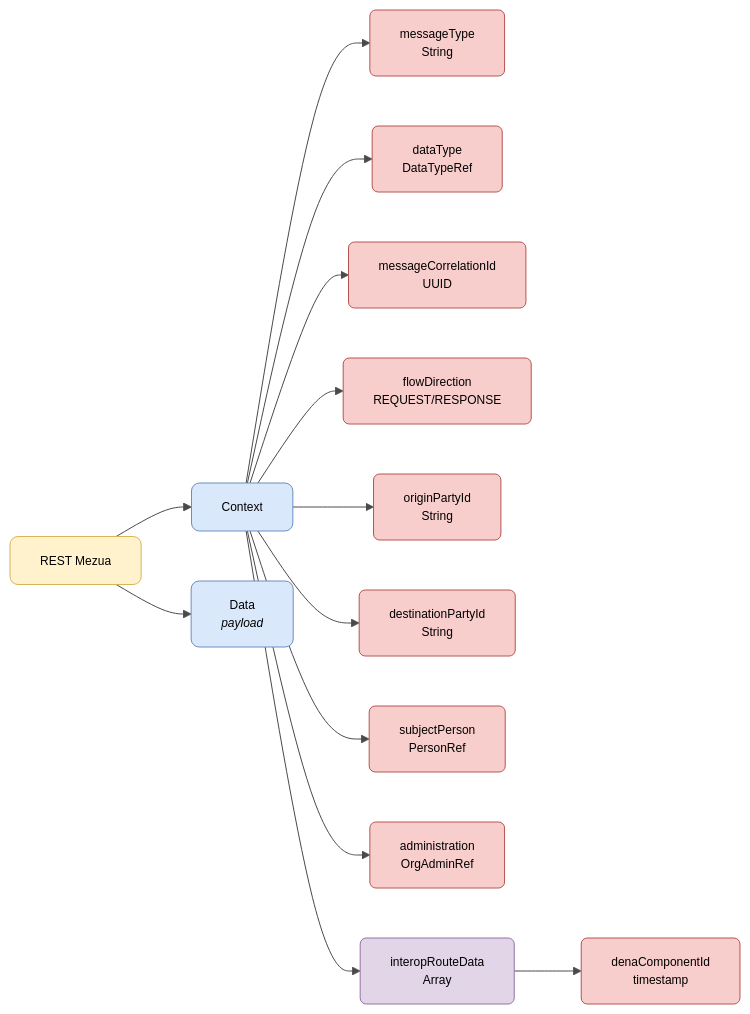
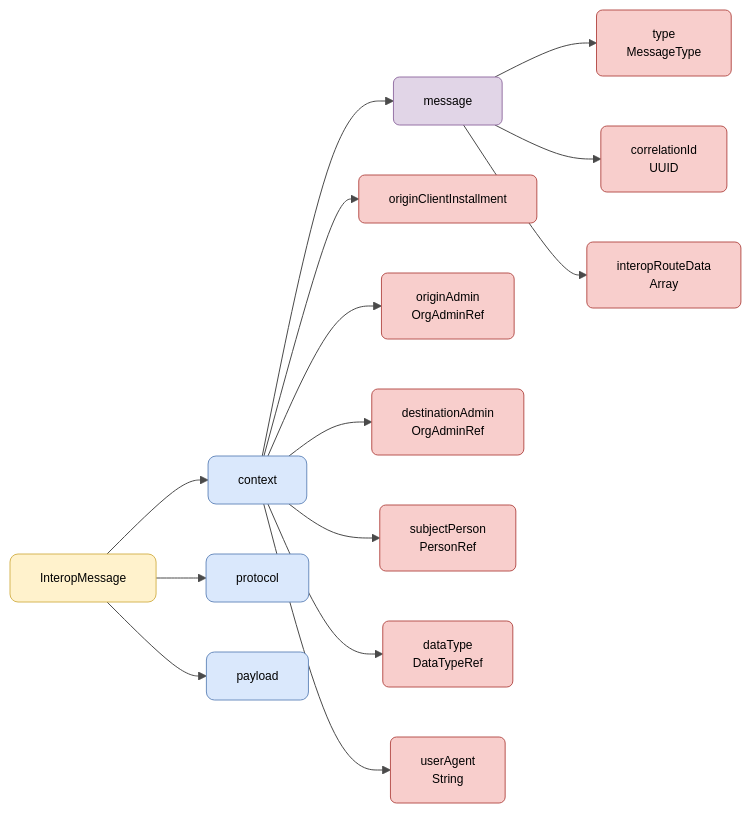
One commit to DENA-Euskadi/dena-euskadi.github.io changed the diagram in docs/semantica/semantica-base/index.eu.md. Above: the diagram before and after it, drawn with Mermaid. The commit also changed other lines of this file and 117 other files, not shown here.

````diff
--- a/docs/semantica/semantica-base/index.eu.md
+++ b/docs/semantica/semantica-base/index.eu.md
@@ -11,43 +11,45 @@
 ```mermaid
 ---
 config:
   theme: base
   themeVariables:
     primaryColor: "#FFFFFF"
     primaryTextColor: "#000000"
     primaryBorderColor: "#CCCCCC"
     lineColor: "#4A4A4A"
     fontSize: "12px"
 ---
 flowchart LR
-    ROOT["REST Mezua"]
+    ROOT["InteropMessage"]
 
-    ROOT --> CONTEXT["Context"]
-    ROOT --> DATA["Data<br/><i>payload</i>"]
+    ROOT --> CONTEXT["context"]
+    ROOT --> PROTOCOL["protocol"]
+    ROOT --> PAYLOAD["payload"]
 
-    CONTEXT --> MESSAGE_TYPE["messageType<br/>String"]
+    CONTEXT --> MESSAGE["message"]
+    CONTEXT --> ORIGIN_CI["originClientInstallment"]
+    CONTEXT --> ORIGIN_ADMIN["originAdmin<br/>OrgAdminRef"]
+    CONTEXT --> DEST_ADMIN["destinationAdmin<br/>OrgAdminRef"]
+    CONTEXT --> SUBJECT_PERSON["subjectPerson<br/>PersonRef"]
     CONTEXT --> DATA_TYPE["dataType<br/>DataTypeRef"]
-    CONTEXT --> MESSAGE_CORRELATION_ID["messageCorrelationId<br/>UUID"]
-    CONTEXT --> FLOW_DIRECTION["flowDirection<br/>REQUEST/RESPONSE"]
-    CONTEXT --> ORIGIN_PARTY_ID["originPartyId<br/>String"]
-    CONTEXT --> DESTINATION_PARTY_ID["destinationPartyId<br/>String"]
-    CONTEXT --> SUBJECT_PERSON["subjectPerson<br/>PersonRef"]
-    CONTEXT --> ADMINISTRATION["administration<br/>OrgAdminRef"]
-    CONTEXT --> INTEROP_ROUTE_DATA["interopRouteData<br/>Array"]
+    CONTEXT --> USER_AGENT["userAgent<br/>String"]
 
-    INTEROP_ROUTE_DATA --> IRDITEM["denaComponentId<br/>timestamp"]
+    MESSAGE --> M_TYPE["type<br/>MessageType"]
+    MESSAGE --> M_CORR["correlationId<br/>UUID"]
+    MESSAGE --> M_ROUTE["interopRouteData<br/>Array"]
 
     style ROOT fill:#fff2cc,stroke:#d6b656,color:#000000,rx:8,ry:8
     style CONTEXT fill:#dae8fc,stroke:#6c8ebf,color:#000000,rx:8,ry:8
-    style DATA fill:#dae8fc,stroke:#6c8ebf,color:#000000,rx:8,ry:8
-    style MESSAGE_TYPE fill:#f8cecc,stroke:#b85450,color:#000000,rx:6,ry:6
+    style PROTOCOL fill:#dae8fc,stroke:#6c8ebf,color:#000000,rx:8,ry:8
+    style PAYLOAD fill:#dae8fc,stroke:#6c8ebf,color:#000000,rx:8,ry:8
+    style MESSAGE fill:#e1d5e7,stroke:#9673a6,color:#000000,rx:6,ry:6
+    style ORIGIN_CI fill:#f8cecc,stroke:#b85450,color:#000000,rx:6,ry:6
+    style ORIGIN_ADMIN fill:#f8cecc,stroke:#b85450,color:#000000,rx:6,ry:6
+    style DEST_ADMIN fill:#f8cecc,stroke:#b85450,color:#000000,rx:6,ry:6
+    style SUBJECT_PERSON fill:#f8cecc,stroke:#b85450,color:#000000,rx:6,ry:6
     style DATA_TYPE fill:#f8cecc,stroke:#b85450,color:#000000,rx:6,ry:6
-    style MESSAGE_CORRELATION_ID fill:#f8cecc,stroke:#b85450,color:#000000,rx:6,ry:6
-    style FLOW_DIRECTION fill:#f8cecc,stroke:#b85450,color:#000000,rx:6,ry:6
-    style ORIGIN_PARTY_ID fill:#f8cecc,stroke:#b85450,color:#000000,rx:6,ry:6
-    style DESTINATION_PARTY_ID fill:#f8cecc,stroke:#b85450,color:#000000,rx:6,ry:6
-    style SUBJECT_PERSON fill:#f8cecc,stroke:#b85450,color:#000000,rx:6,ry:6
-    style ADMINISTRATION fill:#f8cecc,stroke:#b85450,color:#000000,rx:6,ry:6
-    style INTEROP_ROUTE_DATA fill:#e1d5e7,stroke:#9673a6,color:#000000,rx:6,ry:6
-    style IRDITEM fill:#f8cecc,stroke:#b85450,color:#000000,rx:6,ry:6
+    style USER_AGENT fill:#f8cecc,stroke:#b85450,color:#000000,rx:6,ry:6
+    style M_TYPE fill:#f8cecc,stroke:#b85450,color:#000000,rx:6,ry:6
+    style M_CORR fill:#f8cecc,stroke:#b85450,color:#000000,rx:6,ry:6
+    style M_ROUTE fill:#f8cecc,stroke:#b85450,color:#000000,rx:6,ry:6
 ```
````
